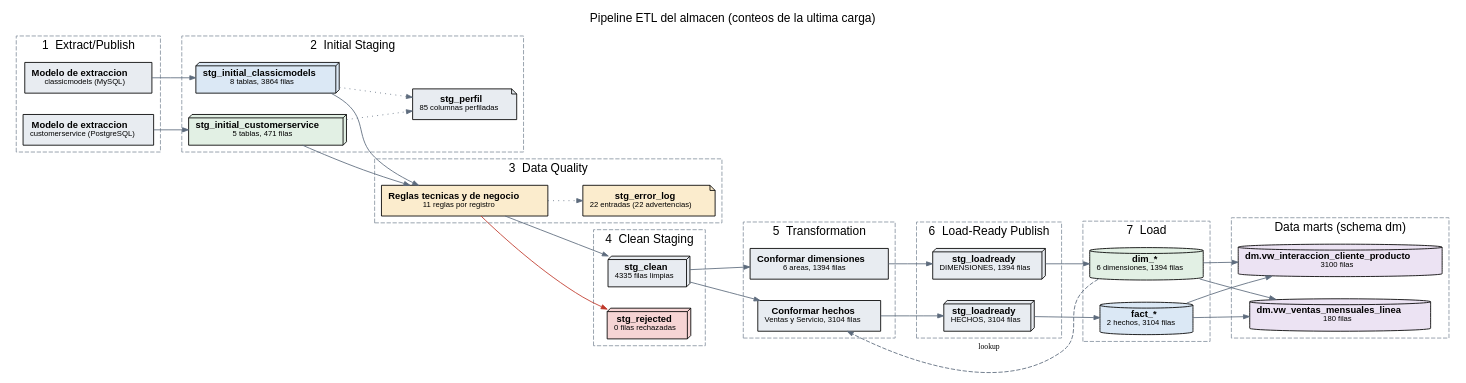
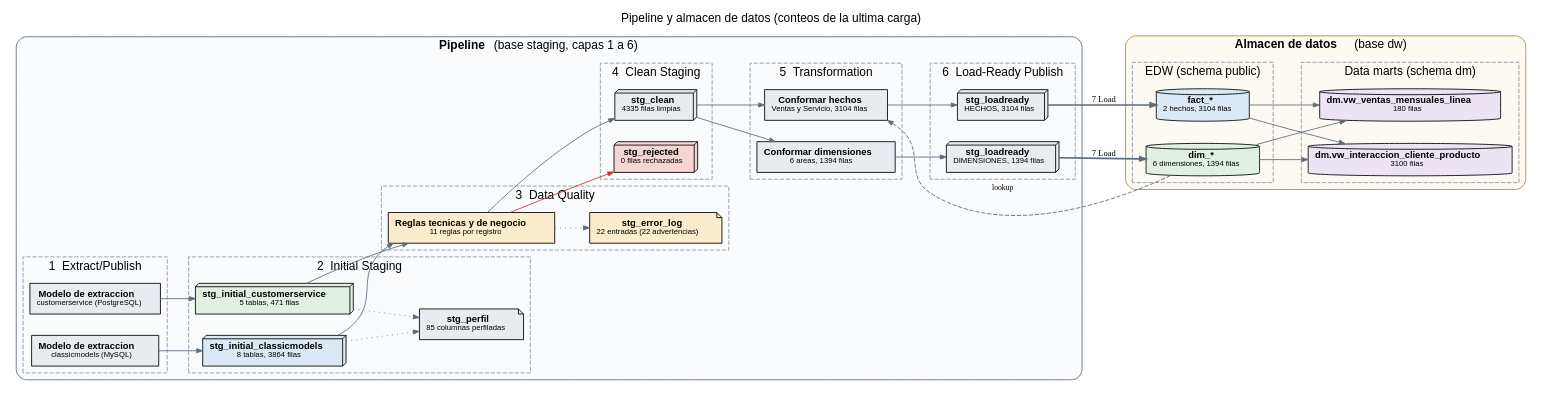
Before and after one commit to salo368/proyecto-modelos-datos: the diagram in docs/img/etl_pipeline.dot, drawn with Graphviz. The commit also changed 40 other files, not shown here.

First line of the commit message:
Separar el pipeline del almacen de datos

```diff
--- a/docs/img/etl_pipeline.dot
+++ b/docs/img/etl_pipeline.dot
@@ -1,50 +1,56 @@
 digraph pipeline {
-  graph [rankdir=LR, nodesep=0.35, ranksep=0.55, fontname="Helvetica", label="Pipeline ETL del almacen (conteos de la ultima carga)", labelloc=t, fontsize=14];
+  graph [rankdir=LR, nodesep=0.35, ranksep=0.55, fontname="Helvetica", label="Pipeline y almacen de datos (conteos de la ultima carga)", labelloc=t, fontsize=14];
   node [fontname="Helvetica", fontsize=11];
   edge [color="#5d6b7d", arrowsize=0.7];
 
-  subgraph cluster_1 { label="1  Extract/Publish"; style=dashed; color="#8a96a3";
-  ext_cm [shape=box, style="filled", fillcolor="#e8ecf1", label=<<B>Modelo de extraccion</B><BR/><FONT POINT-SIZE="9">classicmodels (MySQL)</FONT>>];
-  ext_cs [shape=box, style="filled", fillcolor="#e8ecf1", label=<<B>Modelo de extraccion</B><BR/><FONT POINT-SIZE="9">customerservice (PostgreSQL)</FONT>>];
+  subgraph cluster_pipeline { label=<<B>Pipeline</B> (base staging, capas 1 a 6)>; style="rounded,filled"; fillcolor="#fafbfc"; color="#5d6b7d";
+    subgraph cluster_1 { label="1  Extract/Publish"; style=dashed; color="#8a96a3";
+    ext_cm [shape=box, style="filled", fillcolor="#e8ecf1", label=<<B>Modelo de extraccion</B><BR/><FONT POINT-SIZE="9">classicmodels (MySQL)</FONT>>];
+    ext_cs [shape=box, style="filled", fillcolor="#e8ecf1", label=<<B>Modelo de extraccion</B><BR/><FONT POINT-SIZE="9">customerservice (PostgreSQL)</FONT>>];
+    }
+    subgraph cluster_2 { label="2  Initial Staging"; style=dashed; color="#8a96a3";
+    ini_cm [shape=box3d, style="filled", fillcolor="#dbe8f5", label=<<B>stg_initial_classicmodels</B><BR/><FONT POINT-SIZE="9">8 tablas, 3864 filas</FONT>>];
+    ini_cs [shape=box3d, style="filled", fillcolor="#e2f0e4", label=<<B>stg_initial_customerservice</B><BR/><FONT POINT-SIZE="9">5 tablas, 471 filas</FONT>>];
+    profile [shape=note, style="filled", fillcolor="#e8ecf1", label=<<B>stg_perfil</B><BR/><FONT POINT-SIZE="9">85 columnas perfiladas</FONT>>];
+    }
+    subgraph cluster_3 { label="3  Data Quality"; style=dashed; color="#8a96a3";
+    dq [shape=box, style="filled", fillcolor="#fbeccd", label=<<B>Reglas tecnicas y de negocio</B><BR/><FONT POINT-SIZE="9">11 reglas por registro</FONT>>];
+    errlog [shape=note, style="filled", fillcolor="#fbeccd", label=<<B>stg_error_log</B><BR/><FONT POINT-SIZE="9">22 entradas (22 advertencias)</FONT>>];
+    }
+    subgraph cluster_4 { label="4  Clean Staging"; style=dashed; color="#8a96a3";
+    clean [shape=box3d, style="filled", fillcolor="#e8ecf1", label=<<B>stg_clean</B><BR/><FONT POINT-SIZE="9">4335 filas limpias</FONT>>];
+    rej [shape=box3d, style="filled", fillcolor="#f6d4d4", label=<<B>stg_rejected</B><BR/><FONT POINT-SIZE="9">0 filas rechazadas</FONT>>];
+    }
+    subgraph cluster_5 { label="5  Transformation"; style=dashed; color="#8a96a3";
+    tr_d [shape=box, style="filled", fillcolor="#e8ecf1", label=<<B>Conformar dimensiones</B><BR/><FONT POINT-SIZE="9">6 areas, 1394 filas</FONT>>];
+    tr_f [shape=box, style="filled", fillcolor="#e8ecf1", label=<<B>Conformar hechos</B><BR/><FONT POINT-SIZE="9">Ventas y Servicio, 3104 filas</FONT>>];
+    }
+    subgraph cluster_6 { label="6  Load-Ready Publish"; style=dashed; color="#8a96a3";
+    lr_d [shape=box3d, style="filled", fillcolor="#e8ecf1", label=<<B>stg_loadready</B><BR/><FONT POINT-SIZE="9">DIMENSIONES, 1394 filas</FONT>>];
+    lr_f [shape=box3d, style="filled", fillcolor="#e8ecf1", label=<<B>stg_loadready</B><BR/><FONT POINT-SIZE="9">HECHOS, 3104 filas</FONT>>];
+    }
   }
-  subgraph cluster_2 { label="2  Initial Staging"; style=dashed; color="#8a96a3";
-  ini_cm [shape=box3d, style="filled", fillcolor="#dbe8f5", label=<<B>stg_initial_classicmodels</B><BR/><FONT POINT-SIZE="9">8 tablas, 3864 filas</FONT>>];
-  ini_cs [shape=box3d, style="filled", fillcolor="#e2f0e4", label=<<B>stg_initial_customerservice</B><BR/><FONT POINT-SIZE="9">5 tablas, 471 filas</FONT>>];
-  profile [shape=note, style="filled", fillcolor="#e8ecf1", label=<<B>stg_perfil</B><BR/><FONT POINT-SIZE="9">85 columnas perfiladas</FONT>>];
-  }
-  subgraph cluster_3 { label="3  Data Quality"; style=dashed; color="#8a96a3";
-  dq [shape=box, style="filled", fillcolor="#fbeccd", label=<<B>Reglas tecnicas y de negocio</B><BR/><FONT POINT-SIZE="9">11 reglas por registro</FONT>>];
-  errlog [shape=note, style="filled", fillcolor="#fbeccd", label=<<B>stg_error_log</B><BR/><FONT POINT-SIZE="9">22 entradas (22 advertencias)</FONT>>];
-  }
-  subgraph cluster_4 { label="4  Clean Staging"; style=dashed; color="#8a96a3";
-  clean [shape=box3d, style="filled", fillcolor="#e8ecf1", label=<<B>stg_clean</B><BR/><FONT POINT-SIZE="9">4335 filas limpias</FONT>>];
-  rej [shape=box3d, style="filled", fillcolor="#f6d4d4", label=<<B>stg_rejected</B><BR/><FONT POINT-SIZE="9">0 filas rechazadas</FONT>>];
-  }
-  subgraph cluster_5 { label="5  Transformation"; style=dashed; color="#8a96a3";
-  tr_d [shape=box, style="filled", fillcolor="#e8ecf1", label=<<B>Conformar dimensiones</B><BR/><FONT POINT-SIZE="9">6 areas, 1394 filas</FONT>>];
-  tr_f [shape=box, style="filled", fillcolor="#e8ecf1", label=<<B>Conformar hechos</B><BR/><FONT POINT-SIZE="9">Ventas y Servicio, 3104 filas</FONT>>];
-  }
-  subgraph cluster_6 { label="6  Load-Ready Publish"; style=dashed; color="#8a96a3";
-  lr_d [shape=box3d, style="filled", fillcolor="#e8ecf1", label=<<B>stg_loadready</B><BR/><FONT POINT-SIZE="9">DIMENSIONES, 1394 filas</FONT>>];
-  lr_f [shape=box3d, style="filled", fillcolor="#e8ecf1", label=<<B>stg_loadready</B><BR/><FONT POINT-SIZE="9">HECHOS, 3104 filas</FONT>>];
-  }
-  subgraph cluster_7 { label="7  Load"; style=dashed; color="#8a96a3";
-  dims [shape=cylinder, style="filled", fillcolor="#e2f0e4", label=<<B>dim_*</B><BR/><FONT POINT-SIZE="9">6 dimensiones, 1394 filas</FONT>>];
-  facts [shape=cylinder, style="filled", fillcolor="#dbe8f5", label=<<B>fact_*</B><BR/><FONT POINT-SIZE="9">2 hechos, 3104 filas</FONT>>];
-  }
-  subgraph cluster_8 { label="Data marts (schema dm)"; style=dashed; color="#8a96a3";
-  dm1 [shape=cylinder, style="filled", fillcolor="#ece3f3", label=<<B>dm.vw_interaccion_cliente_producto</B><BR/><FONT POINT-SIZE="9">3100 filas</FONT>>];
-  dm2 [shape=cylinder, style="filled", fillcolor="#ece3f3", label=<<B>dm.vw_ventas_mensuales_linea</B><BR/><FONT POINT-SIZE="9">180 filas</FONT>>];
+
+  subgraph cluster_dw { label=<<B>Almacen de datos</B> (base dw)>; style="rounded,filled"; fillcolor="#fdfaf3"; color="#b7862b";
+    subgraph cluster_edw { label="EDW (schema public)"; style=dashed; color="#8a96a3";
+    dims [shape=cylinder, style="filled", fillcolor="#e2f0e4", label=<<B>dim_*</B><BR/><FONT POINT-SIZE="9">6 dimensiones, 1394 filas</FONT>>];
+    facts [shape=cylinder, style="filled", fillcolor="#dbe8f5", label=<<B>fact_*</B><BR/><FONT POINT-SIZE="9">2 hechos, 3104 filas</FONT>>];
+    }
+    subgraph cluster_dm { label="Data marts (schema dm)"; style=dashed; color="#8a96a3";
+    dm1 [shape=cylinder, style="filled", fillcolor="#ece3f3", label=<<B>dm.vw_interaccion_cliente_producto</B><BR/><FONT POINT-SIZE="9">3100 filas</FONT>>];
+    dm2 [shape=cylinder, style="filled", fillcolor="#ece3f3", label=<<B>dm.vw_ventas_mensuales_linea</B><BR/><FONT POINT-SIZE="9">180 filas</FONT>>];
+    }
   }
 
   ext_cm -> ini_cm; ext_cs -> ini_cs;
   ini_cm -> profile [style=dotted]; ini_cs -> profile [style=dotted];
   ini_cm -> dq; ini_cs -> dq;
   dq -> errlog [style=dotted];
   dq -> clean; dq -> rej [color="#c0392b"];
   clean -> tr_d; clean -> tr_f;
   tr_d -> lr_d; tr_f -> lr_f;
-  lr_d -> dims; lr_f -> facts;
+  lr_d -> dims [penwidth=2, label="7 Load", fontsize=10];
+  lr_f -> facts [penwidth=2, label="7 Load", fontsize=10];
   dims -> tr_f [style=dashed, label="lookup", fontsize=9];
   facts -> dm1; dims -> dm1; facts -> dm2; dims -> dm2;
 }
```
